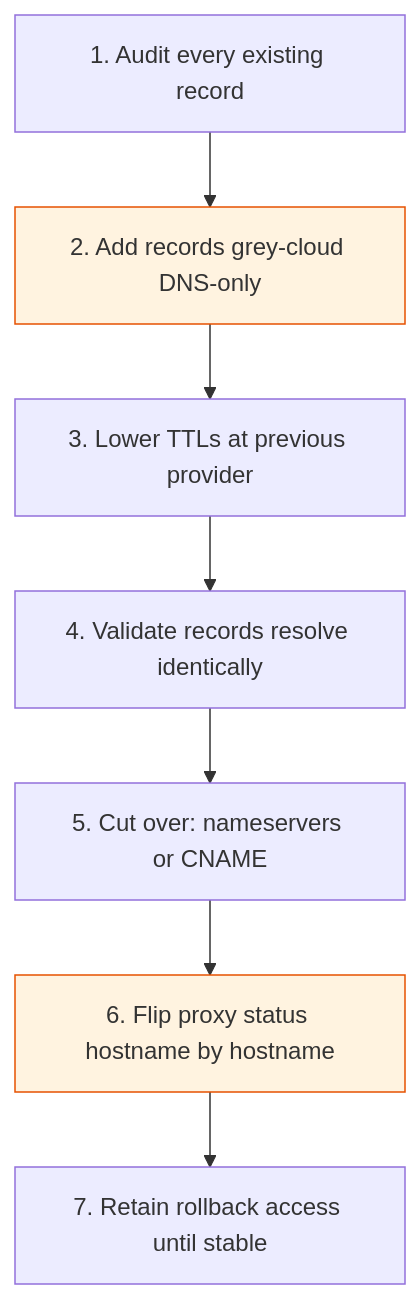
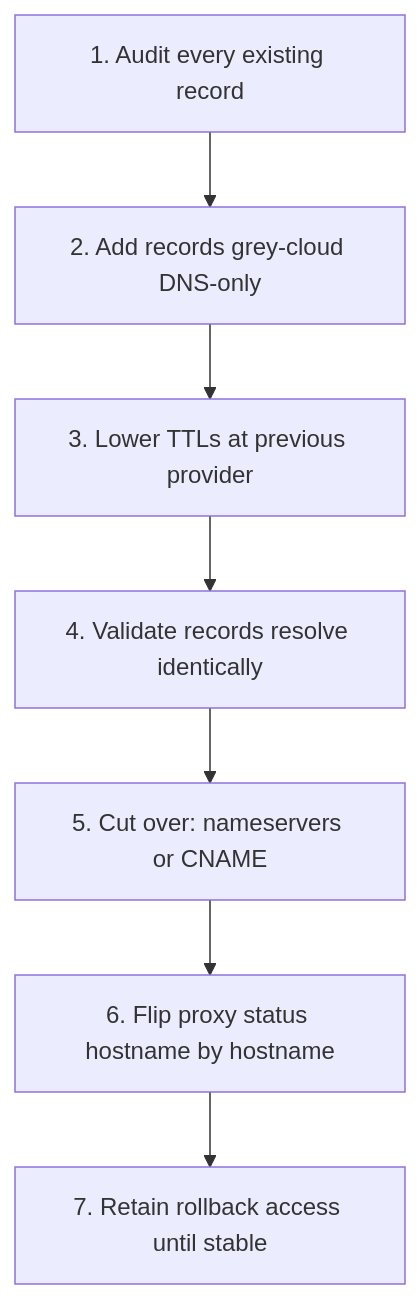
Before and after one commit to kevinevans1/cloudflare-adoption-framework: the diagram in docs/adopt/migrating-dns.md, drawn with Mermaid. The commit also changed 12 other files, not shown here.

Commit message:
Remove hardcoded Mermaid node colors causing readability issues; let diagrams use Material's theme-aware rendering

````diff
--- a/docs/adopt/migrating-dns.md
+++ b/docs/adopt/migrating-dns.md
@@ -9,12 +9,10 @@
 ```mermaid
 flowchart TD
     A[1. Audit every existing record] --> B[2. Add records grey-cloud DNS-only]
     B --> C[3. Lower TTLs at previous provider]
     C --> D[4. Validate records resolve identically]
     D --> E[5. Cut over: nameservers or CNAME]
     E --> F[6. Flip proxy status hostname by hostname]
     F --> G[7. Retain rollback access until stable]
 
-    style B fill:#fff3e0,stroke:#e65100,stroke-width:1px
-    style F fill:#fff3e0,stroke:#e65100,stroke-width:1px
 ```
````
